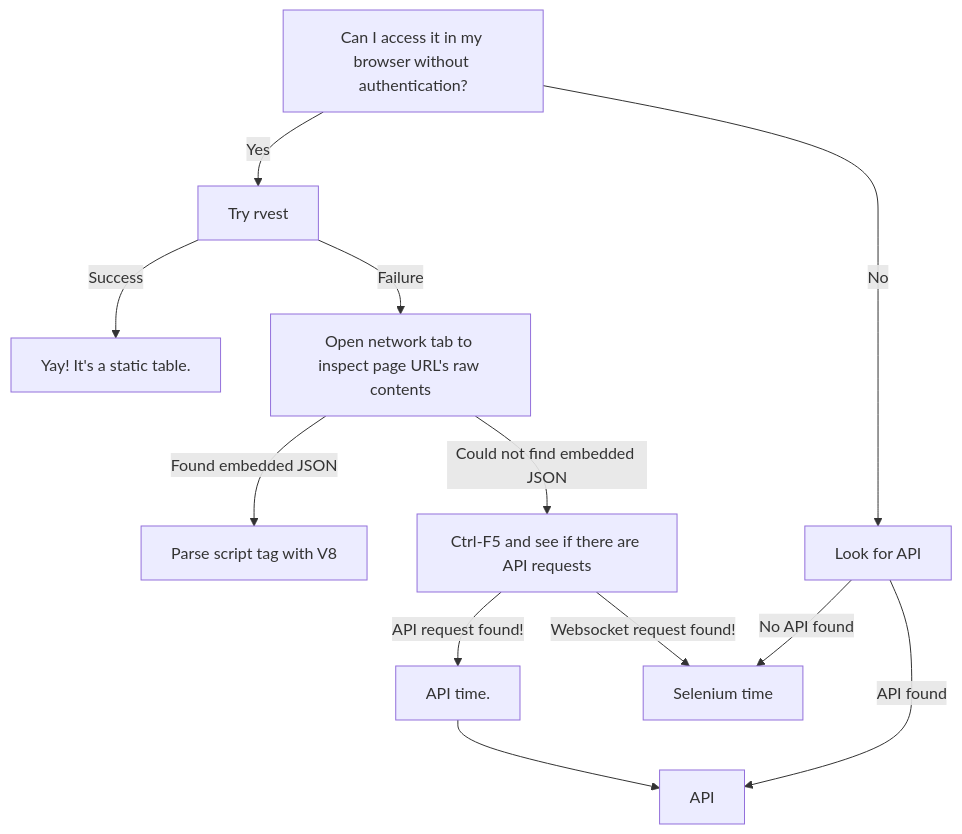
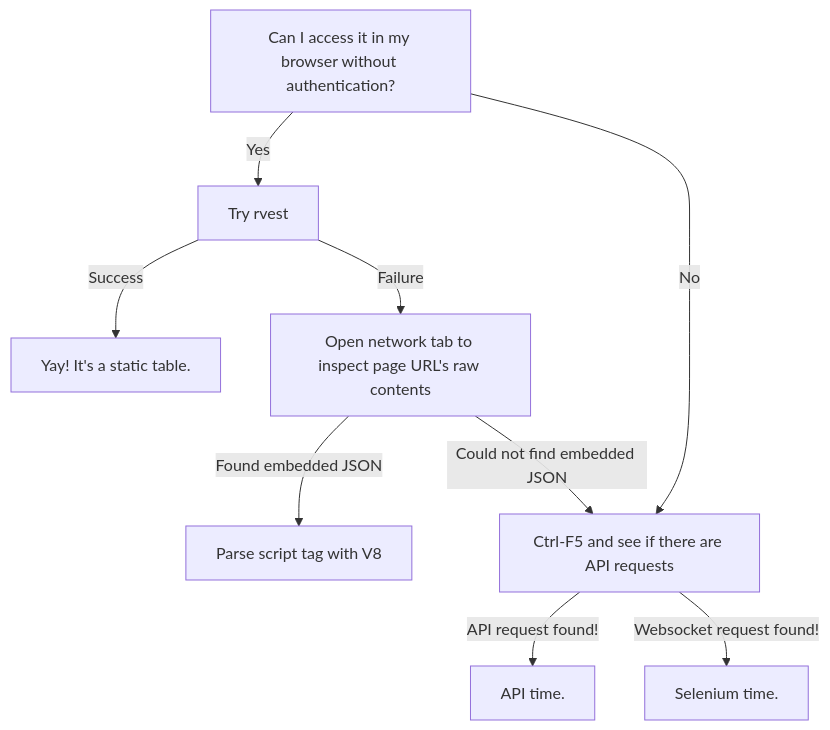
One commit to tanho63/tantorials changed the diagram in 20210719-scraping/scraping.md. Above: the diagram before and after it, drawn with Mermaid.

````diff
--- a/20210719-scraping/scraping.md
+++ b/20210719-scraping/scraping.md
@@ -5,26 +5,22 @@
 ```mermaid
 flowchart TD
 
 A[Can I access it in my browser without authentication?]
 
 A-->|Yes| B[Try rvest]
 
 B-->|Success| C[Yay! It's a static table.]
 
 B-->|Failure| D[Open network tab to inspect page URL's raw contents]
 
+A-->|No| F
+
 D-->|Found embedded JSON| E[Parse script tag with V8]
 
 D-->|Could not find embedded JSON| F[Ctrl-F5 and see if there are API requests]
 
-F-->|API request found!| G[API time.] --> J
+F-->|API request found!| G[API time.]
 
 F-->|Websocket request found!| H[Selenium time.]
 
-A-->|No| I[Look for API]
-
-I-->|API found| J[API]
-
-I-->|No API found| H[Selenium time]
-
 ```
````
